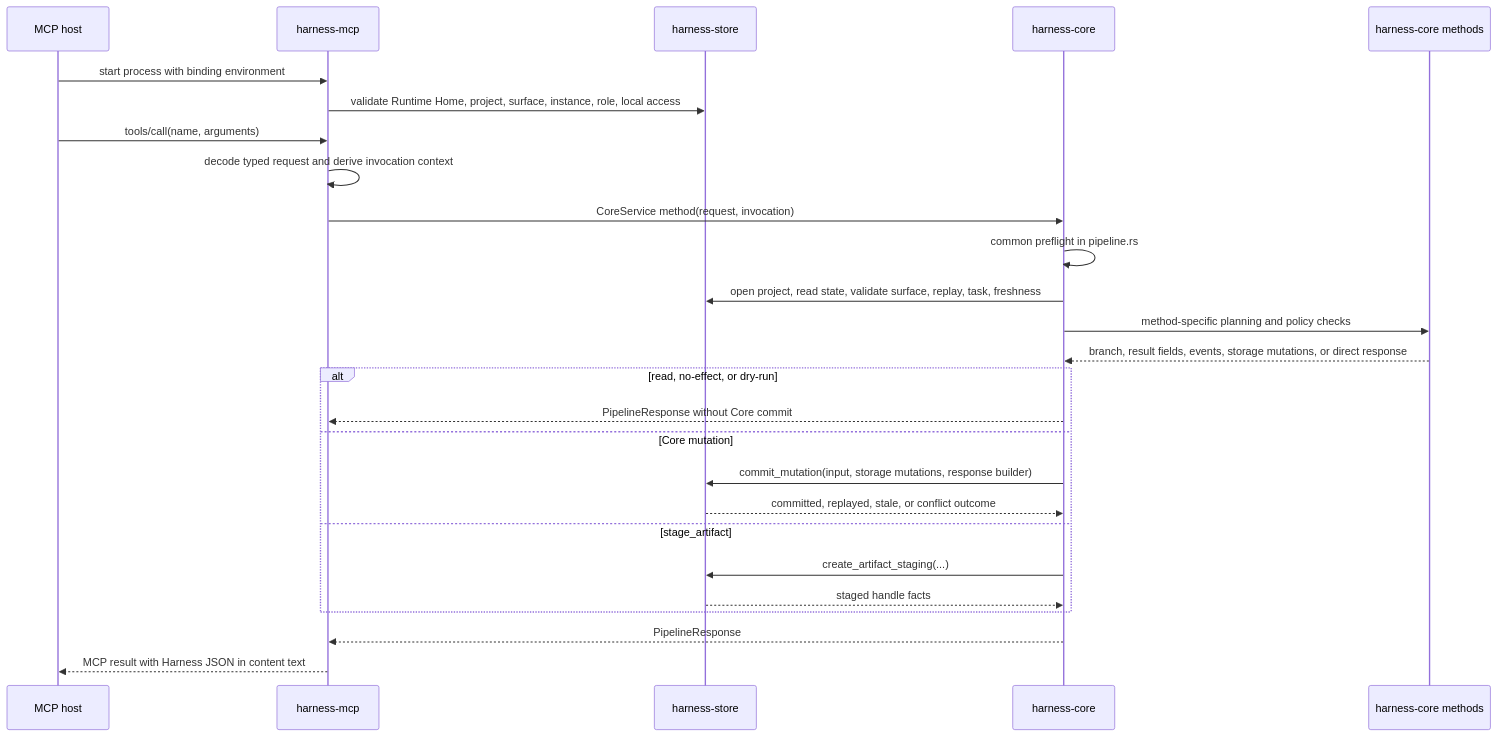
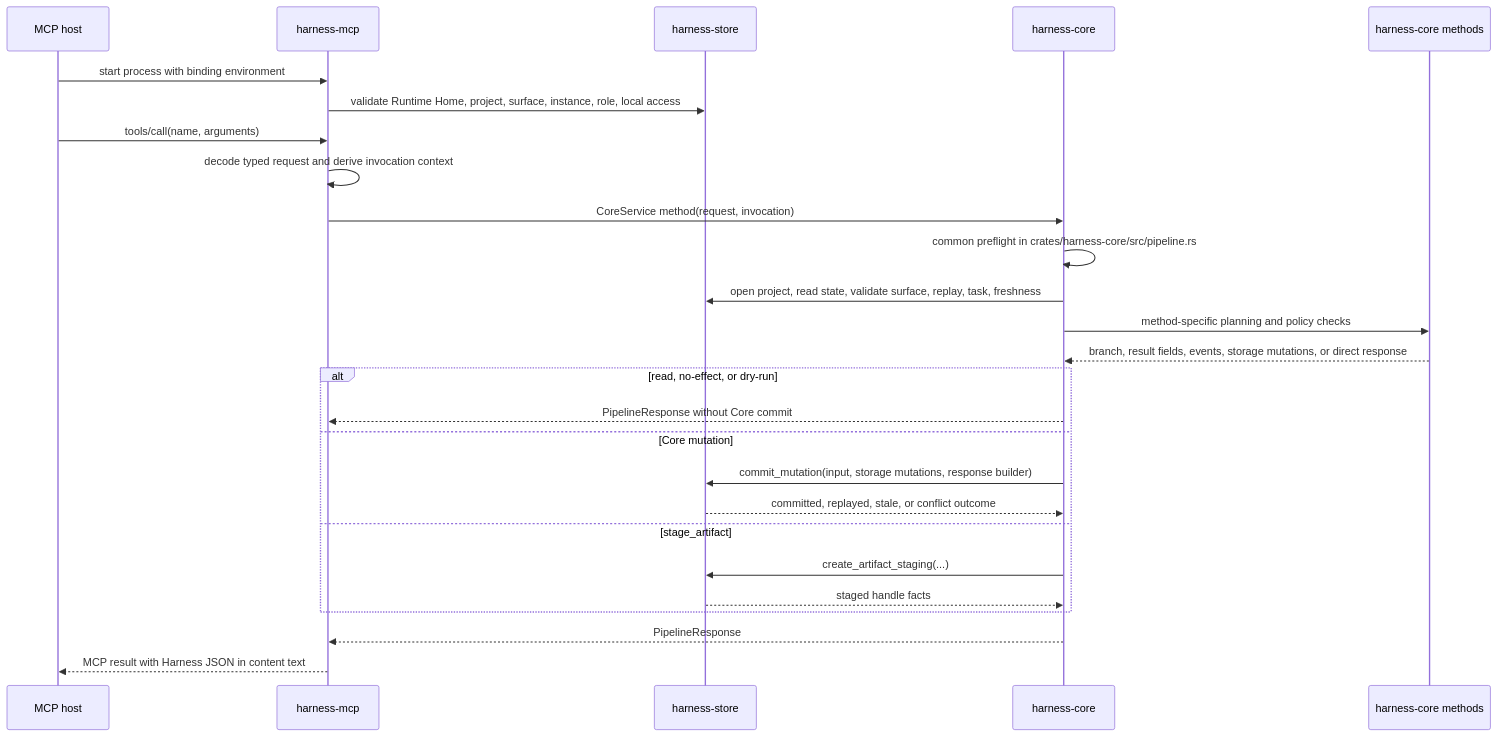
The third of 3 diagrams in docs/en/build/architecture.md (minjungw00/Harness_Project), drawn with Mermaid before and after one commit. The commit also changed other lines of this file and 1 other file, not shown here.

Commit message:
docs: normalize architecture source paths

````diff
--- a/docs/en/build/architecture.md
+++ b/docs/en/build/architecture.md
@@ -151,29 +153,29 @@
 ```mermaid
 sequenceDiagram
   participant Host as MCP host
   participant MCP as harness-mcp
   participant Store as harness-store
   participant Core as harness-core
   participant Method as harness-core methods
 
   Host->>MCP: start process with binding environment
   MCP->>Store: validate Runtime Home, project, surface, instance, role, local access
   Host->>MCP: tools/call(name, arguments)
   MCP->>MCP: decode typed request and derive invocation context
   MCP->>Core: CoreService method(request, invocation)
-  Core->>Core: common preflight in pipeline.rs
+  Core->>Core: common preflight in crates/harness-core/src/pipeline.rs
   Core->>Store: open project, read state, validate surface, replay, task, freshness
   Core->>Method: method-specific planning and policy checks
   Method-->>Core: branch, result fields, events, storage mutations, or direct response
   alt read, no-effect, or dry-run
     Core-->>MCP: PipelineResponse without Core commit
   else Core mutation
     Core->>Store: commit_mutation(input, storage mutations, response builder)
     Store-->>Core: committed, replayed, stale, or conflict outcome
   else stage_artifact
     Core->>Store: create_artifact_staging(...)
     Store-->>Core: staged handle facts
   end
   Core-->>MCP: PipelineResponse
   MCP-->>Host: MCP result with Harness JSON in content text
 ```
````
